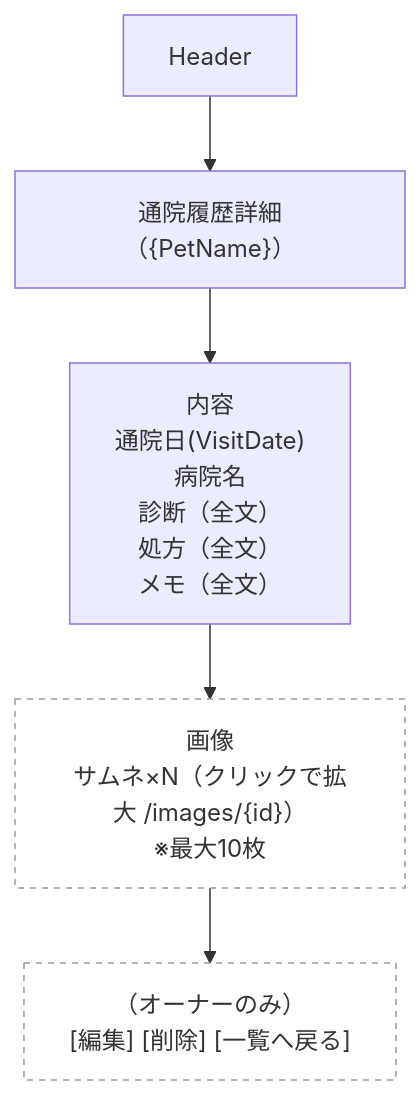
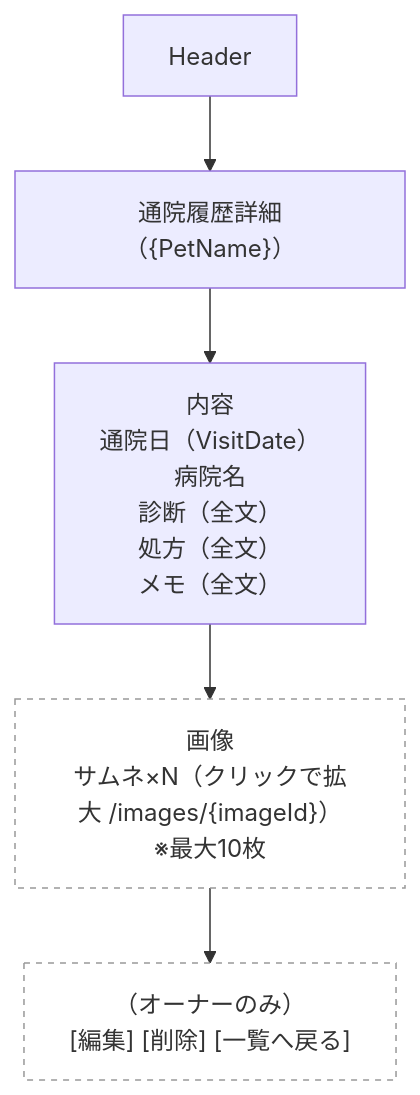
Diagram 20 of 23 in docs/ui-wireframe.md (Cat5Dog2/PetHealthManagement), drawn with Mermaid before and after one commit. The commit also changed other lines of this file, not shown here.

````diff
--- a/docs/ui-wireframe.md
+++ b/docs/ui-wireframe.md
@@ -183,12 +320,12 @@
 ```mermaid
 flowchart TB
   Header["Header"]
   Title["通院履歴詳細（{PetName}）"]
-  Summary["内容<br/>通院日(VisitDate)<br/>病院名<br/>診断（全文）<br/>処方（全文）<br/>メモ（全文）"]
-  Images["画像<br/>サムネ×N（クリックで拡大 /images/{id}）<br/>※最大10枚"]:::note
+  Summary["内容<br/>通院日（VisitDate）<br/>病院名<br/>診断（全文）<br/>処方（全文）<br/>メモ（全文）"]
+  Images["画像<br/>サムネ×N（クリックで拡大 /images/{imageId}）<br/>※最大10枚"]:::note
   Actions["（オーナーのみ）<br/>[編集] [削除] [一覧へ戻る]"]:::note
 
   Header --> Title --> Summary --> Images --> Actions
 
   classDef note fill:#fff,stroke:#999,stroke-dasharray: 4 4,color:#333;
 ```
````
